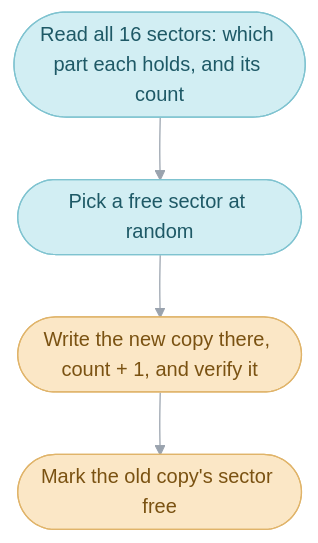
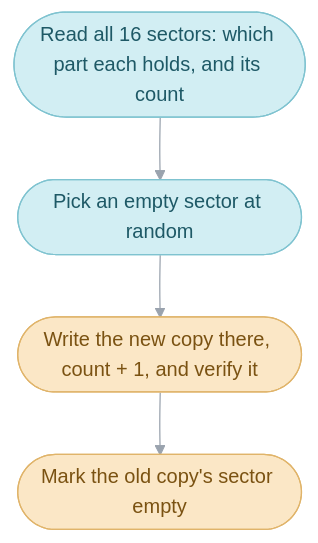
Before and after one commit to PascalPixel/alchemy: the fifth of 6 diagrams in games/tbs/src/system/README.md, drawn with Mermaid. The commit also changed other lines of this file and 1 other file, not shown here.

````diff
--- a/games/tbs/src/system/README.md
+++ b/games/tbs/src/system/README.md
@@ -690,11 +695,11 @@
 ```mermaid
 %%{init: {"theme": "base", "themeVariables": {"lineColor": "#9AA3AE", "edgeLabelBackground": "#FFFFFF"}, "flowchart": {"curve": "basis", "padding": 12}}}%%
 flowchart TD
-  scan(["Read all 16 sectors: which part each holds, and its count"]) --> pick(["Pick a free sector at random"])
+  scan(["Read all 16 sectors: which part each holds, and its count"]) --> pick(["Pick an empty sector at random"])
   pick --> write(["Write the new copy there, count + 1, and verify it"])
-  write --> free(["Mark the old copy's sector free"])
+  write --> old(["Mark the old copy's sector empty"])
   classDef frame fill:#D2EEF3,stroke:#7FC3D0,color:#1E5966
   classDef hardware fill:#FBE7C6,stroke:#E0B46A,color:#7A5212
   class scan,pick frame
-  class write,free hardware
+  class write,old hardware
 ```
````
